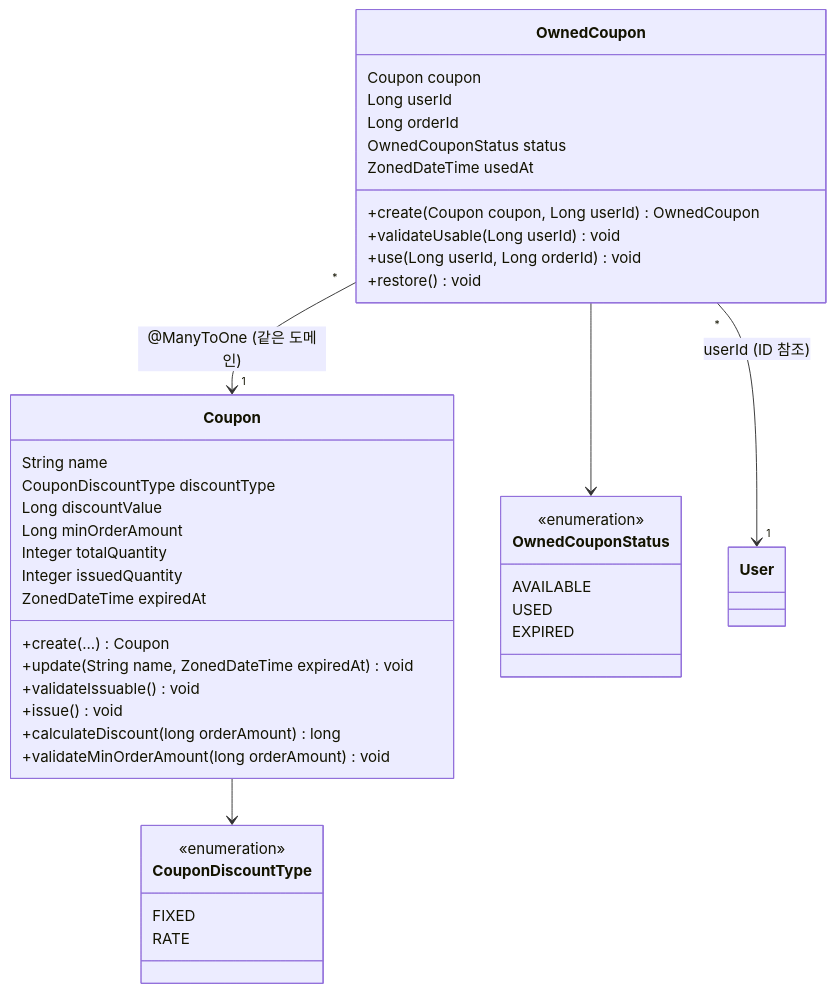
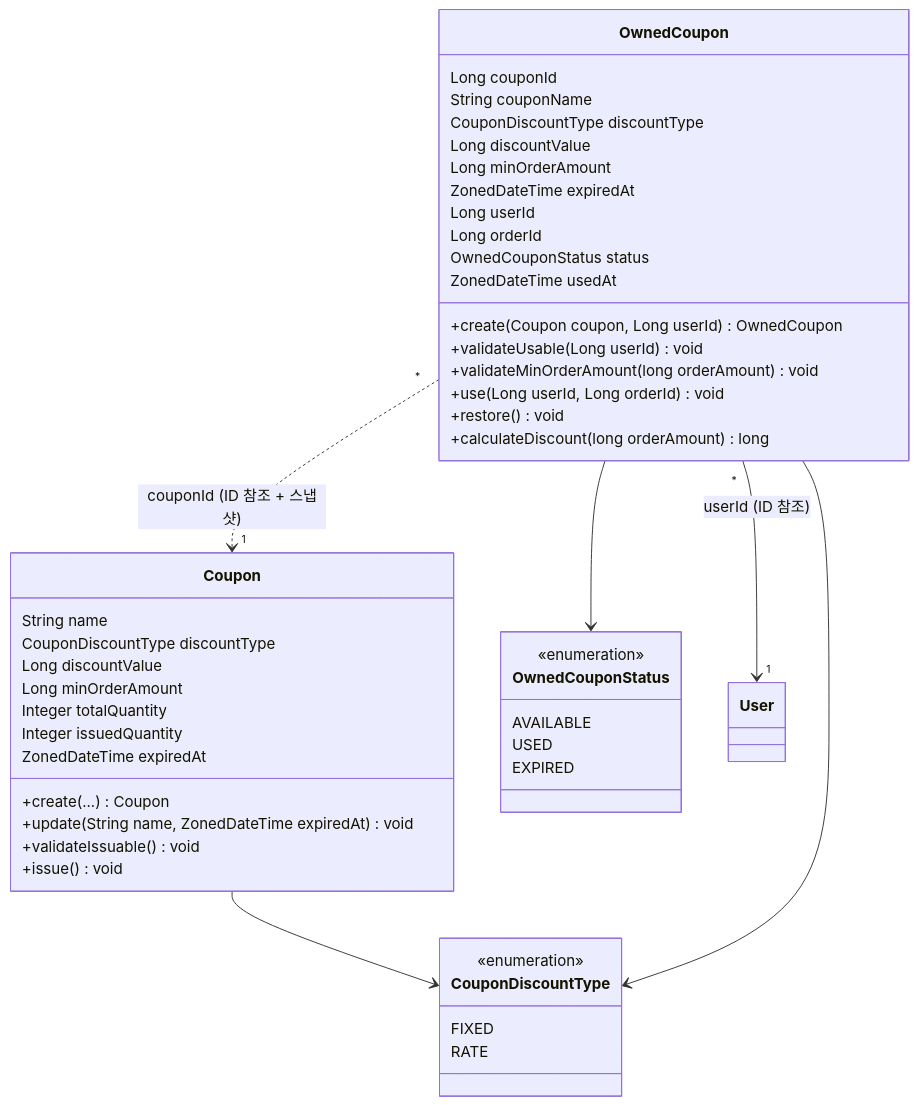
One commit to plan11plan/loop-pack-be-l2-vol3-java changed the fourth of 5 diagrams in docs/design/coupon/DESIGN.md. Above: the diagram before and after it, drawn with Mermaid. The commit also changed other lines of this file and 1 other file, not shown here.

Commit message:
docs: OwnedCoupon 스냅샷 분리 설계 반영

````diff
--- a/docs/design/coupon/DESIGN.md
+++ b/docs/design/coupon/DESIGN.md
@@ -346,48 +353,54 @@
 ```mermaid
 classDiagram
     class Coupon {
         String name
         CouponDiscountType discountType
         Long discountValue
         Long minOrderAmount
         Integer totalQuantity
         Integer issuedQuantity
         ZonedDateTime expiredAt
         +create(...) Coupon
         +update(String name, ZonedDateTime expiredAt) void
         +validateIssuable() void
         +issue() void
-        +calculateDiscount(long orderAmount) long
-        +validateMinOrderAmount(long orderAmount) void
     }
 
     class OwnedCoupon {
-        Coupon coupon
+        Long couponId
+        String couponName
+        CouponDiscountType discountType
+        Long discountValue
+        Long minOrderAmount
+        ZonedDateTime expiredAt
         Long userId
         Long orderId
         OwnedCouponStatus status
         ZonedDateTime usedAt
         +create(Coupon coupon, Long userId) OwnedCoupon
         +validateUsable(Long userId) void
+        +validateMinOrderAmount(long orderAmount) void
         +use(Long userId, Long orderId) void
         +restore() void
+        +calculateDiscount(long orderAmount) long
     }
 
     class CouponDiscountType {
         <<enumeration>>
         FIXED
         RATE
     }
 
     class OwnedCouponStatus {
         <<enumeration>>
         AVAILABLE
         USED
         EXPIRED
     }
 
-    OwnedCoupon "*" --> "1" Coupon : @ManyToOne (같은 도메인)
+    OwnedCoupon "*" ..> "1" Coupon : couponId (ID 참조 + 스냅샷)
     OwnedCoupon "*" --> "1" User : userId (ID 참조)
     Coupon --> CouponDiscountType
     OwnedCoupon --> OwnedCouponStatus
+    OwnedCoupon --> CouponDiscountType
 ```
````
